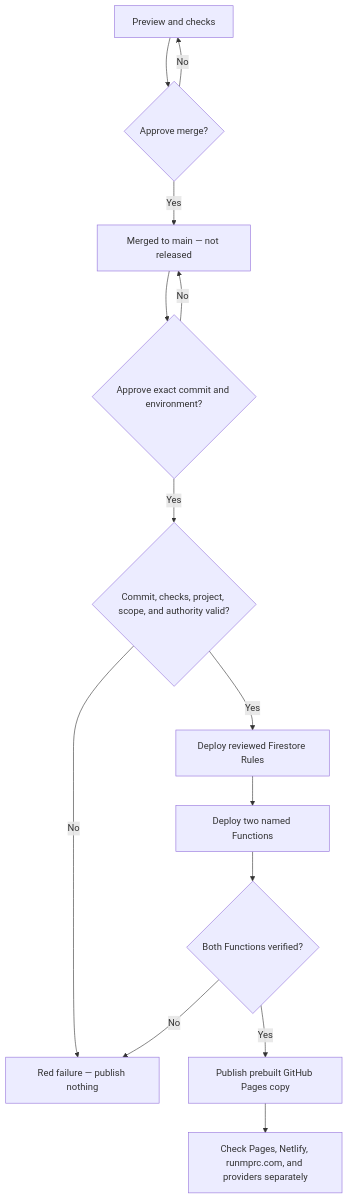
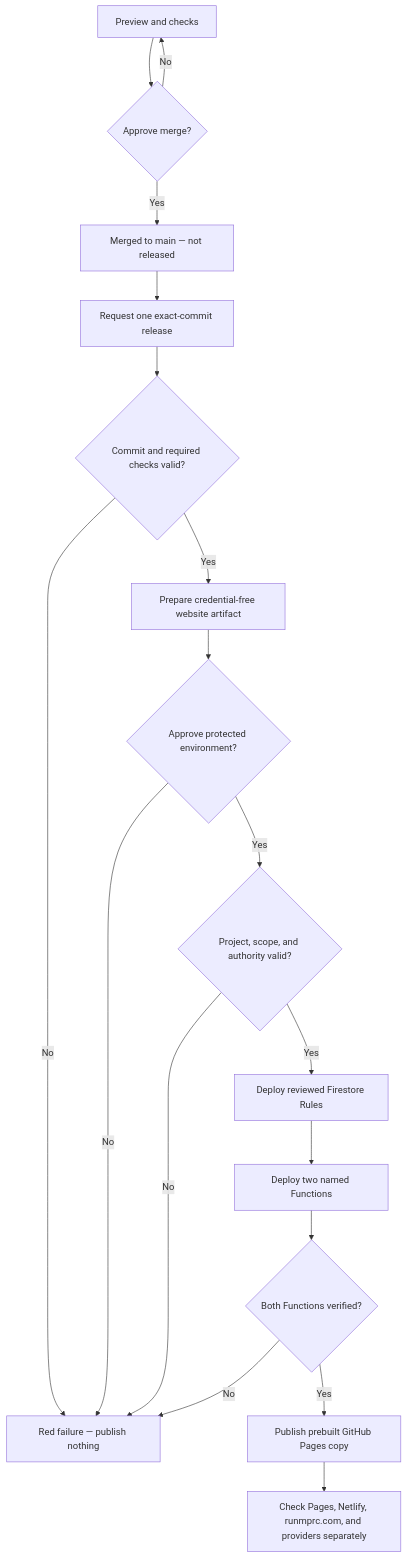
Before and after one commit to Run-MPRC/Run-MPRC.github.io: the diagram in docs/officers/PUBLISH_AND_CHECK.md, drawn with Mermaid. The commit also changed other lines of this file and 5 other files, not shown here.

````diff
--- a/docs/officers/PUBLISH_AND_CHECK.md
+++ b/docs/officers/PUBLISH_AND_CHECK.md
@@ -17,16 +17,20 @@
 ```mermaid
 flowchart TD
     Review["Preview and checks"] --> Merge{"Approve merge?"}
     Merge -- "No" --> Review
     Merge -- "Yes" --> Merged["Merged to main — not released"]
-    Merged --> Release{"Approve exact commit and environment?"}
-    Release -- "No" --> Merged
-    Release -- "Yes" --> Preflight{"Commit, checks, project, scope, and authority valid?"}
+    Merged --> Request["Request one exact-commit release"]
+    Request --> Preflight{"Commit and required checks valid?"}
     Preflight -- "No" --> Stop["Red failure — publish nothing"]
-    Preflight -- "Yes" --> Rules["Deploy reviewed Firestore Rules"]
+    Preflight -- "Yes" --> Prepare["Prepare credential-free website artifact"]
+    Prepare --> Release{"Approve protected environment?"}
+    Release -- "No" --> Stop
+    Release -- "Yes" --> Gate{"Project, scope, and authority valid?"}
+    Gate -- "No" --> Stop
+    Gate -- "Yes" --> Rules["Deploy reviewed Firestore Rules"]
     Rules --> Functions["Deploy two named Functions"]
     Functions --> VerifyBackend{"Both Functions verified?"}
     VerifyBackend -- "No" --> Stop
     VerifyBackend -- "Yes" --> Pages["Publish prebuilt GitHub Pages copy"]
     Pages --> Verify["Check Pages, Netlify, runmprc.com, and providers separately"]
 ```
````
